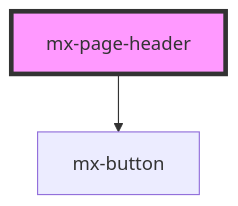
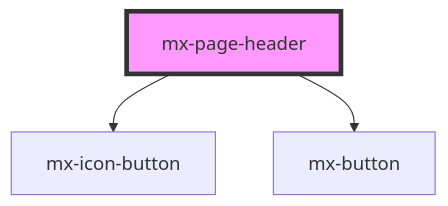
Before and after one commit to kevinleedrum/mds: the diagram in src/components/mx-page-header/readme.md, drawn with Mermaid. The commit also changed other lines of this file and 295 other files, not shown here.

````diff
--- a/src/components/mx-page-header/readme.md
+++ b/src/components/mx-page-header/readme.md
@@ -25,5 +26,6 @@
 ```mermaid
 graph TD;
+  mx-page-header --> mx-icon-button
   mx-page-header --> mx-button
   style mx-page-header fill:#f9f,stroke:#333,stroke-width:4px
 ```
````
